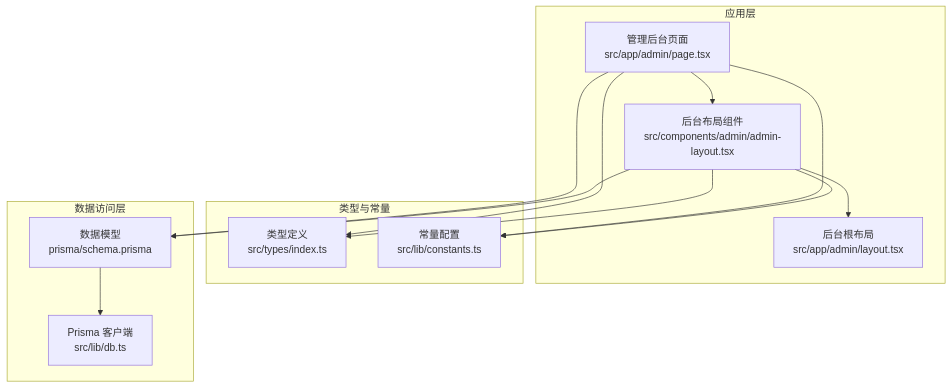
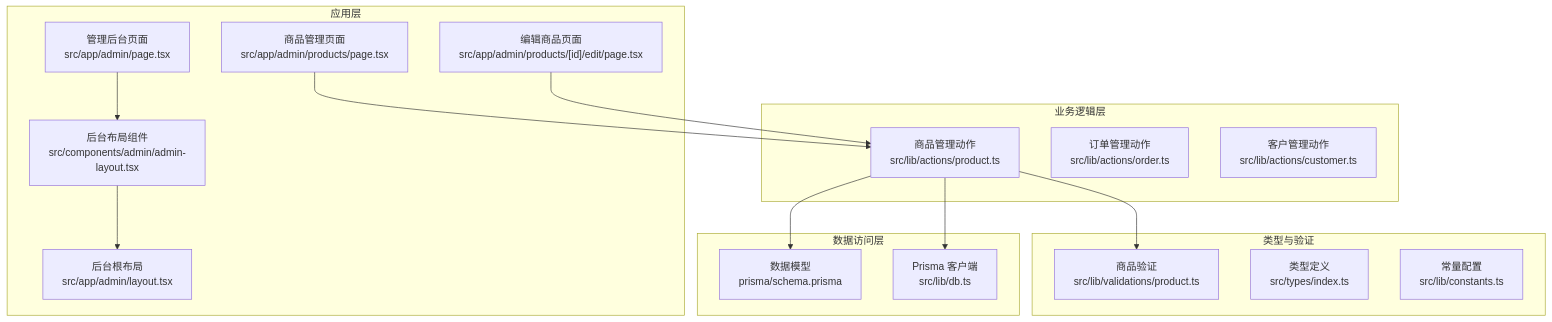
Before and after one commit to three3638-arch/celestia_2b: the first of 7 diagrams in .qoder/repowiki/zh/content/管理后台系统/商品管理系统/商品管理系统.md, drawn with Mermaid. The commit also changed other lines of this file and 4 other files, not shown here.

````diff
--- a/.qoder/repowiki/zh/content/管理后台系统/商品管理系统/商品管理系统.md
+++ b/.qoder/repowiki/zh/content/管理后台系统/商品管理系统/商品管理系统.md
@@ -48,25 +61,31 @@
 ```mermaid
 graph TB
 subgraph "应用层"
 AdminPage["管理后台页面<br/>src/app/admin/page.tsx"]
 AdminLayout["后台布局组件<br/>src/components/admin/admin-layout.tsx"]
 AdminLayoutTSX["后台根布局<br/>src/app/admin/layout.tsx"]
+ProductsPage["商品管理页面<br/>src/app/admin/products/page.tsx"]
+EditProductPage["编辑商品页面<br/>src/app/admin/products/[id]/edit/page.tsx"]
 end
-subgraph "类型与常量"
+subgraph "业务逻辑层"
+ProductActions["商品管理动作<br/>src/lib/actions/product.ts"]
+OrderActions["订单管理动作<br/>src/lib/actions/order.ts"]
+CustomerActions["客户管理动作<br/>src/lib/actions/customer.ts"]
+end
+subgraph "类型与验证"
+ProductValidation["商品验证<br/>src/lib/validations/product.ts"]
 TypesIndex["类型定义<br/>src/types/index.ts"]
 ConstantsTS["常量配置<br/>src/lib/constants.ts"]
 end
 subgraph "数据访问层"
 PrismaSchema["数据模型<br/>prisma/schema.prisma"]
 DbTS["Prisma 客户端<br/>src/lib/db.ts"]
 end
 AdminPage --> AdminLayout
 AdminLayout --> AdminLayoutTSX
-AdminPage --> TypesIndex
-AdminPage --> ConstantsTS
-AdminLayout --> TypesIndex
-AdminLayout --> ConstantsTS
-AdminPage --> PrismaSchema
-AdminLayout --> PrismaSchema
-PrismaSchema --> DbTS
+ProductsPage --> ProductActions
+EditProductPage --> ProductActions
+ProductActions --> ProductValidation
+ProductActions --> PrismaSchema
+ProductActions --> DbTS
 ```
````
